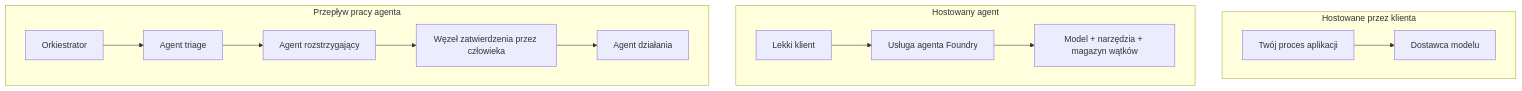
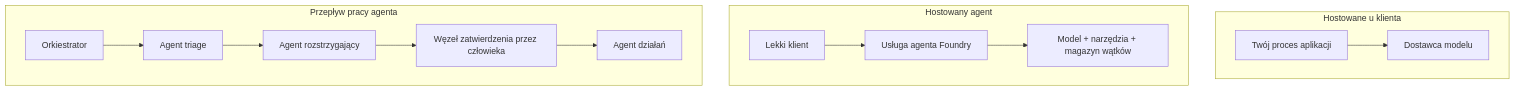
The first of 4 diagrams in mirrors/repos/microsoft@ai-agents-for-beginners/translations/pl/16-deploying-scalable-agents/README.md (gabrielmoreira/agent-skills-mirror), drawn with Mermaid before and after one commit. The commit also changed other lines of this file and 4262 other files, not shown here.

````diff
--- a/mirrors/repos/microsoft@ai-agents-for-beginners/translations/pl/16-deploying-scalable-agents/README.md
+++ b/mirrors/repos/microsoft@ai-agents-for-beginners/translations/pl/16-deploying-scalable-agents/README.md
@@ -87,16 +87,16 @@
 ```mermaid
 flowchart TB
-    subgraph P1[Hostowane przez klienta]
+    subgraph P1[Hostowane u klienta]
         A1[Twój proces aplikacji] --> M1[Dostawca modelu]
     end
     subgraph P2[Hostowany agent]
         A2[Lekki klient] --> F2[Usługa agenta Foundry]
         F2 --> M2[Model + narzędzia + magazyn wątków]
     end
     subgraph P3[Przepływ pracy agenta]
         A3[Orkiestrator] --> S1[Agent triage]
         S1 --> S2[Agent rozstrzygający]
         S2 --> H[Węzeł zatwierdzenia przez człowieka]
-        H --> S3[Agent działania]
+        H --> S3[Agent działań]
     end
 ```
````
